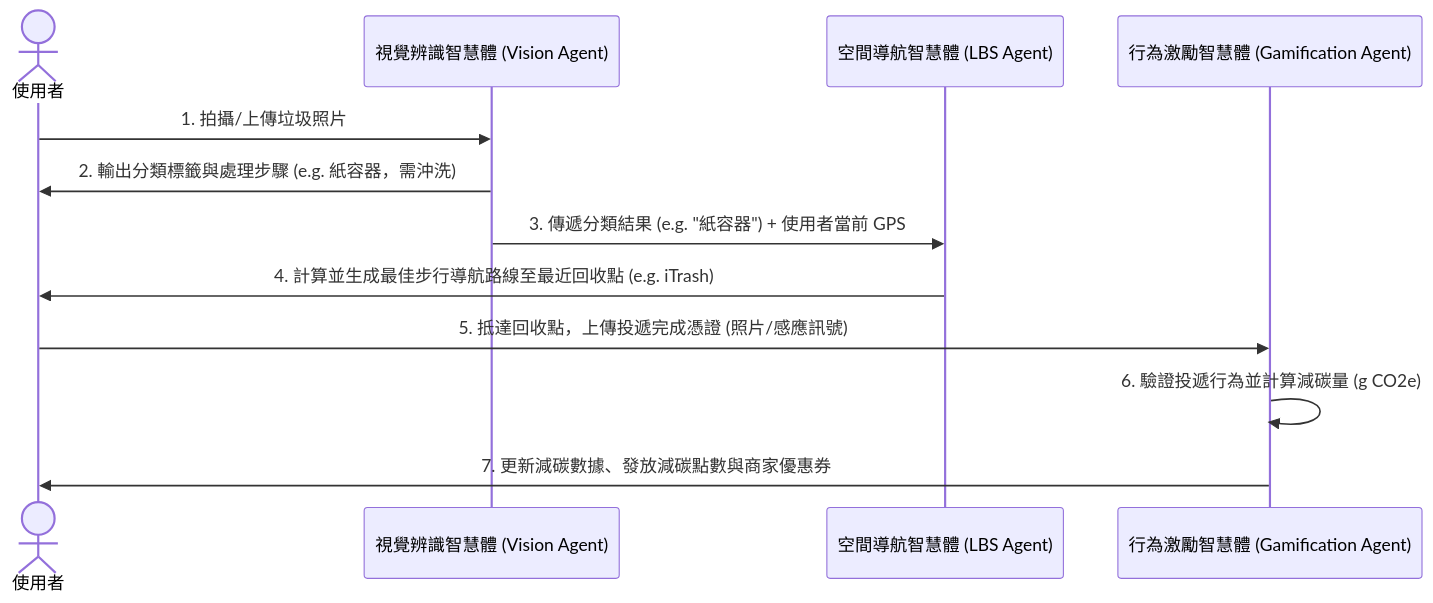
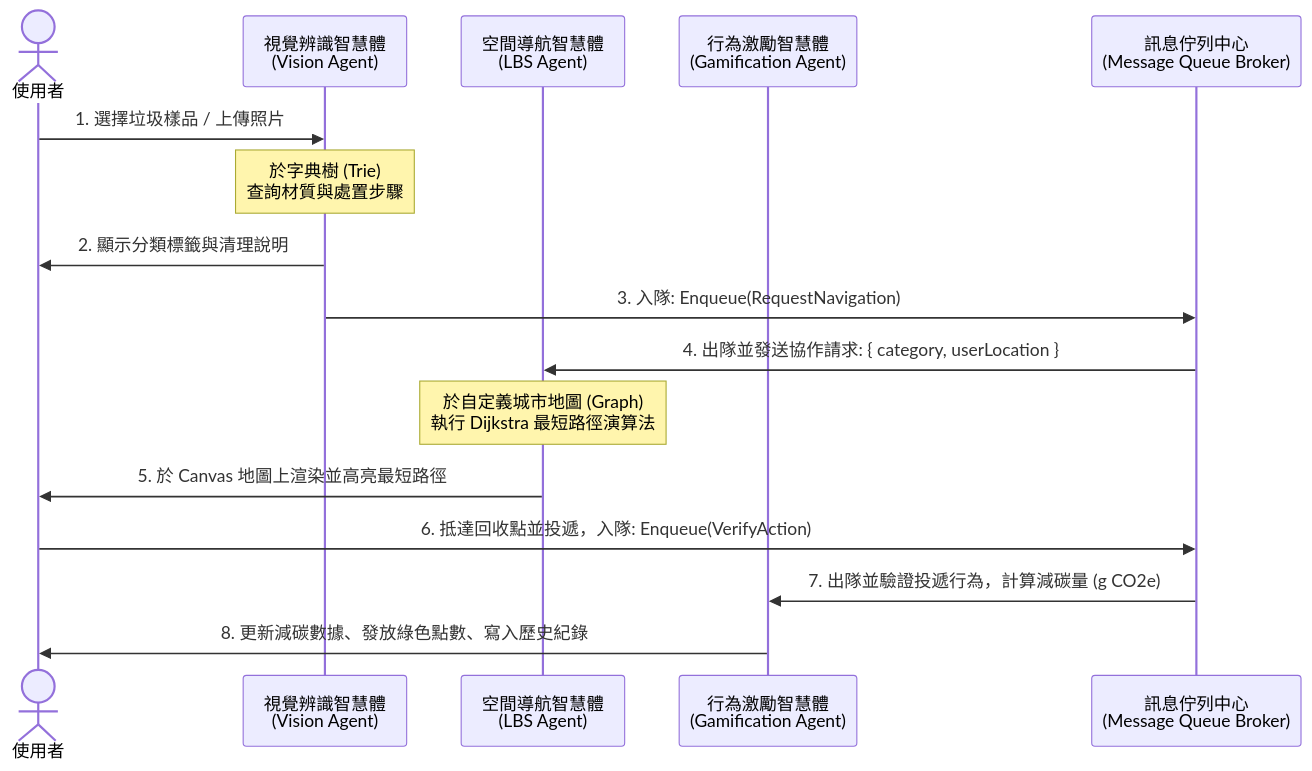
The diagram in PRD.md (Railfan-Luke/14th_Data-Structure_resport), drawn with Mermaid before and after one commit. The commit also changed other lines of this file, not shown here.

````diff
--- a/PRD.md
+++ b/PRD.md
@@ -23,15 +31,19 @@
 ```mermaid
 sequenceDiagram
     actor User as 使用者
-    participant VA as 視覺辨識智慧體 (Vision Agent)
-    participant LA as 空間導航智慧體 (LBS Agent)
-    participant GA as 行為激勵智慧體 (Gamification Agent)
-    
-    User->>VA: 1. 拍攝/上傳垃圾照片
-    VA->>User: 2. 輸出分類標籤與處理步驟 (e.g. 紙容器，需沖洗)
-    VA->>LA: 3. 傳遞分類結果 (e.g. "紙容器") + 使用者當前 GPS
-    LA->>User: 4. 計算並生成最佳步行導航路線至最近回收點 (e.g. iTrash)
-    User->>GA: 5. 抵達回收點，上傳投遞完成憑證 (照片/感應訊號)
-    GA->>GA: 6. 驗證投遞行為並計算減碳量 (g CO2e)
-    GA->>User: 7. 更新減碳數據、發放減碳點數與商家優惠券
+    participant VA as 視覺辨識智慧體<br/>(Vision Agent)
+    participant LA as 空間導航智慧體<br/>(LBS Agent)
+    participant GA as 行為激勵智慧體<br/>(Gamification Agent)
+    participant MQ as 訊息佇列中心<br/>(Message Queue Broker)
+
+    User->>VA: 1. 選擇垃圾樣品 / 上傳照片
+    Note over VA: 於字典樹 (Trie)<br/>查詢材質與處置步驟
+    VA->>User: 2. 顯示分類標籤與清理說明
+    VA->>MQ: 3. 入隊: Enqueue(RequestNavigation)
+    MQ->>LA: 4. 出隊並發送協作請求: { category, userLocation }
+    Note over LA: 於自定義城市地圖 (Graph)<br/>執行 Dijkstra 最短路徑演算法
+    LA->>User: 5. 於 Canvas 地圖上渲染並高亮最短路徑
+    User->>MQ: 6. 抵達回收點並投遞，入隊: Enqueue(VerifyAction)
+    MQ->>GA: 7. 出隊並驗證投遞行為，計算減碳量 (g CO2e)
+    GA->>User: 8. 更新減碳數據、發放綠色點數、寫入歷史紀錄
 ```
````
